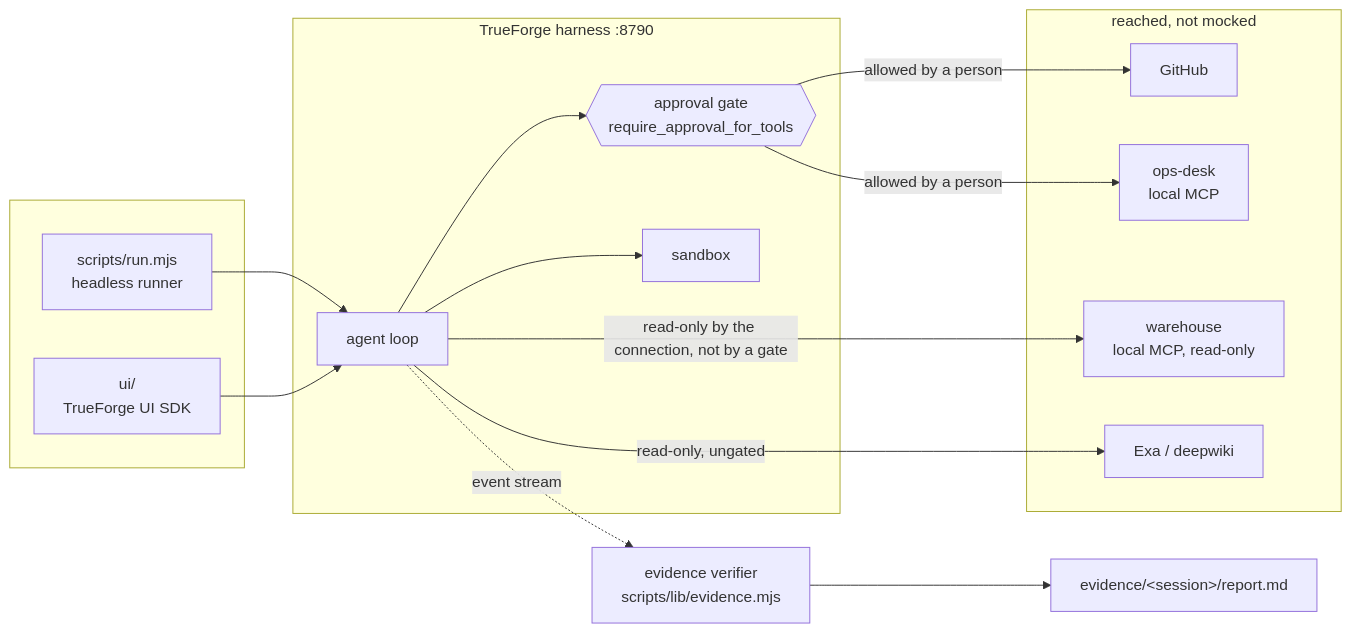
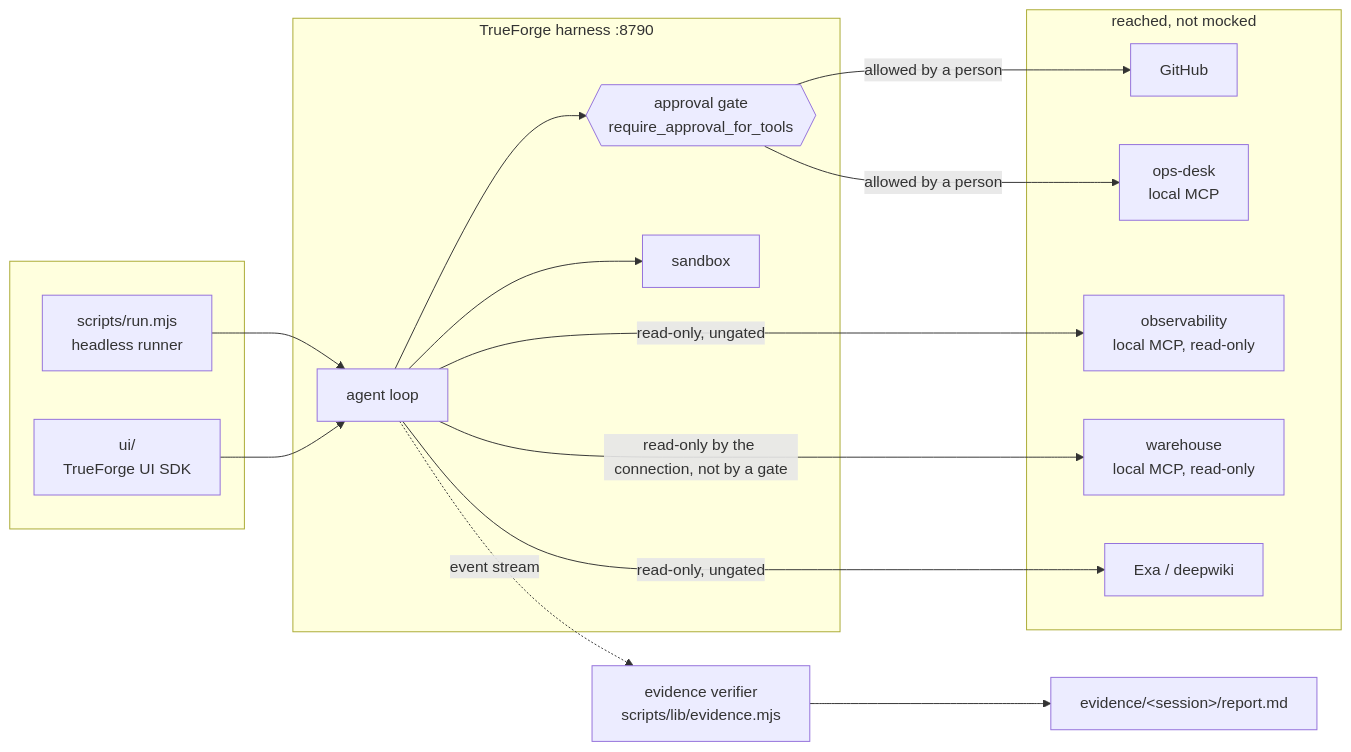
The first of 3 diagrams in ARCHITECTURE.md (manumishra12/quartermaster), drawn with Mermaid before and after one commit. The commit also changed 20 other files, not shown here.

````diff
--- a/ARCHITECTURE.md
+++ b/ARCHITECTURE.md
@@ -10,31 +10,33 @@
 ```mermaid
 flowchart LR
   subgraph you[" "]
     CLI["scripts/run.mjs<br/>headless runner"]
     UI["ui/<br/>TrueForge UI SDK"]
   end
 
   subgraph harness["TrueForge harness :8790"]
     LOOP["agent loop"]
     GATE{{"approval gate<br/>require_approval_for_tools"}}
     SBX["sandbox"]
   end
 
   subgraph outside["reached, not mocked"]
     GH["GitHub"]
     OPS["ops-desk<br/>local MCP"]
+    OBS["observability<br/>local MCP, read-only"]
     WH["warehouse<br/>local MCP, read-only"]
     WEB["Exa / deepwiki"]
   end
 
   CLI --> LOOP
   UI --> LOOP
   LOOP --> SBX
   LOOP --> GATE
   GATE -->|"allowed by a person"| GH
   GATE -->|"allowed by a person"| OPS
   LOOP -->|"read-only, ungated"| WEB
   LOOP -->|"read-only by the connection, not by a gate"| WH
+  LOOP -->|"read-only, ungated"| OBS
   LOOP -.->|"event stream"| EV["evidence verifier<br/>scripts/lib/evidence.mjs"]
   EV --> REP["evidence/&lt;session&gt;/report.md"]
 ```
````
